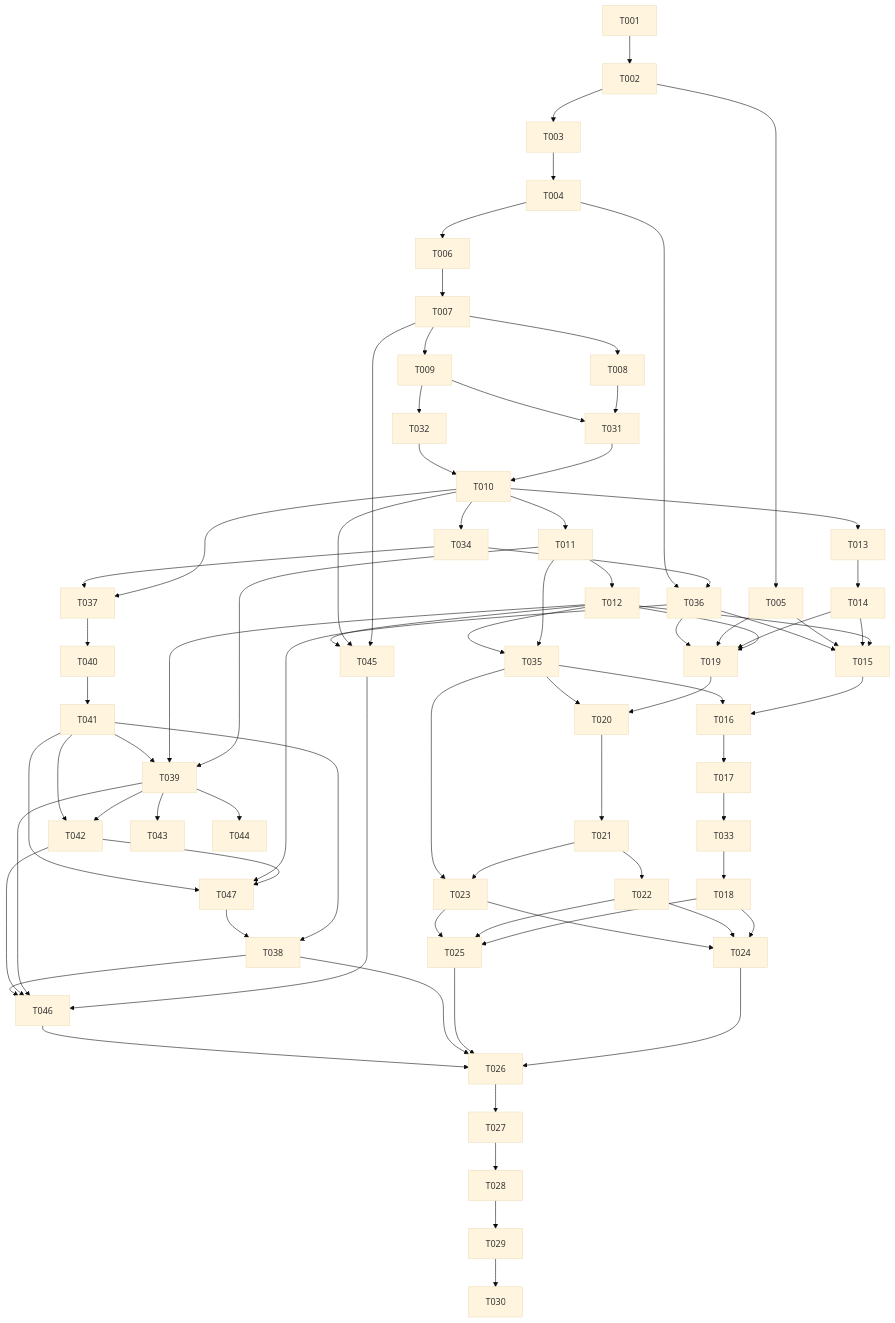
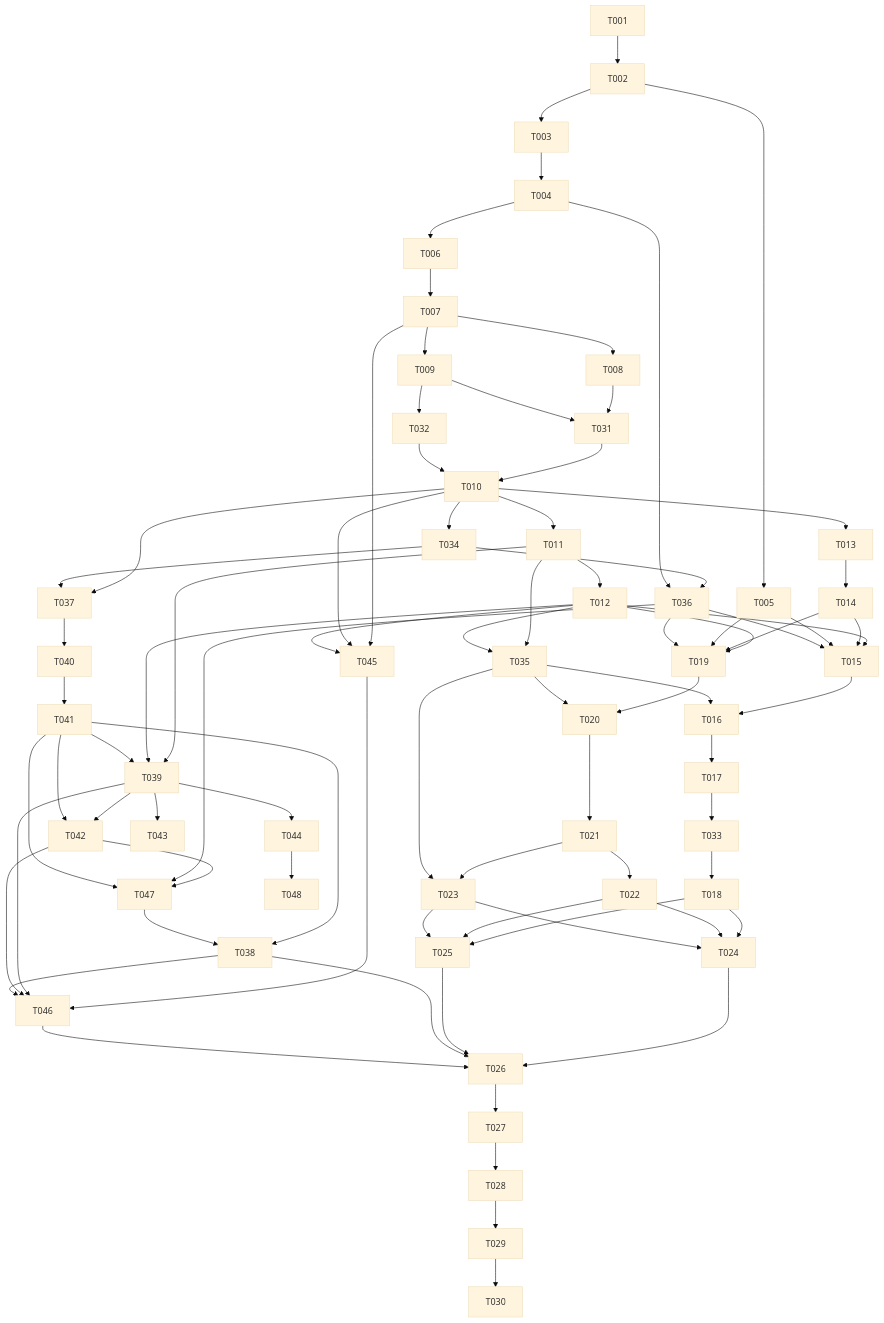
Before and after one commit to ronronner02/multi-agent: the diagram in docs/tasks/2026-10-13-001-feat-multi-agent-team-tasks.md, drawn with Mermaid (base theme). The commit also changed other lines of this file and 2 other files, not shown here.

````diff
--- a/docs/tasks/2026-10-13-001-feat-multi-agent-team-tasks.md
+++ b/docs/tasks/2026-10-13-001-feat-multi-agent-team-tasks.md
@@ -120,68 +120,69 @@
 ```mermaid
 flowchart TD
   T001 --> T002
   T002 --> T003 --> T004 --> T006 --> T007
   T002 --> T005
   T007 --> T008
   T007 --> T009
   T008 --> T031
   T009 --> T031
   T009 --> T032
   T031 --> T010
   T032 --> T010
   T010 --> T011 --> T012
   T010 --> T013 --> T014
   T012 --> T015
   T014 --> T015
   T005 --> T015
   T015 --> T016 --> T017 --> T033 --> T018
   T012 --> T019
   T014 --> T019
   T005 --> T019
   T019 --> T020 --> T021
   T021 --> T022
   T021 --> T023
   T018 --> T024
   T022 --> T024
   T023 --> T024
   T018 --> T025
   T022 --> T025
   T023 --> T025
   T024 --> T026
   T025 --> T026
   T010 --> T034 --> T036
   T010 --> T037
   T034 --> T037
   T037 --> T040
   T040 --> T041
   T041 --> T038
   T011 --> T039
   T012 --> T039
   T041 --> T039
   T039 --> T042
   T039 --> T043
   T039 --> T044
+  T044 --> T048
   T041 --> T042
   T042 --> T047
   T036 --> T047
   T041 --> T047
   T047 --> T038
   T038 --> T026
   T007 --> T045
   T010 --> T045
   T012 --> T045
   T045 --> T046
   T039 --> T046
   T042 --> T046
   T038 --> T046
   T046 --> T026
   T004 --> T036
   T036 --> T015
   T036 --> T019
   T011 --> T035
   T012 --> T035
   T035 --> T016
   T035 --> T020
   T035 --> T023
   T026 --> T027 --> T028 --> T029 --> T030
 ```
````
